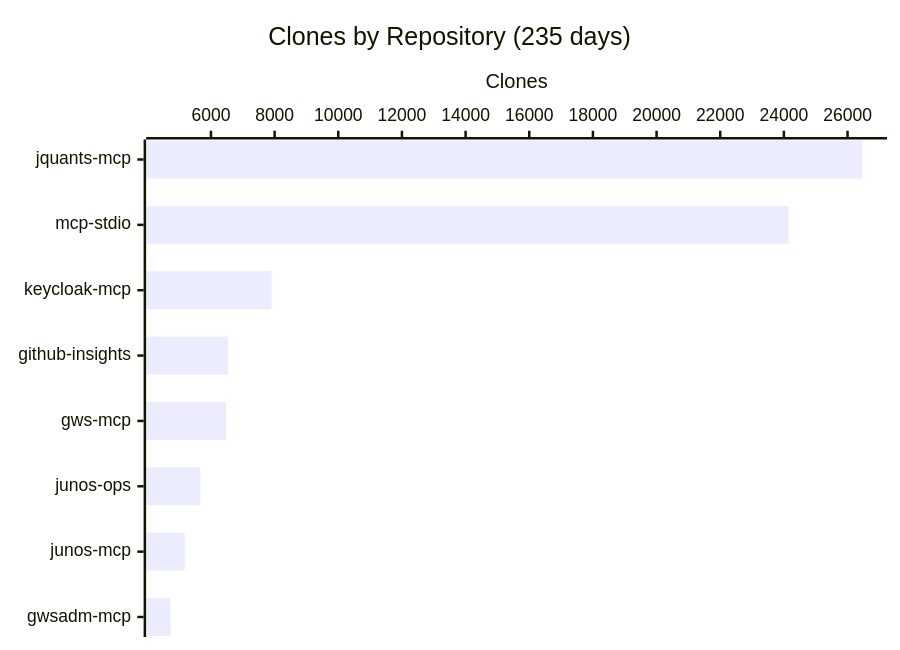
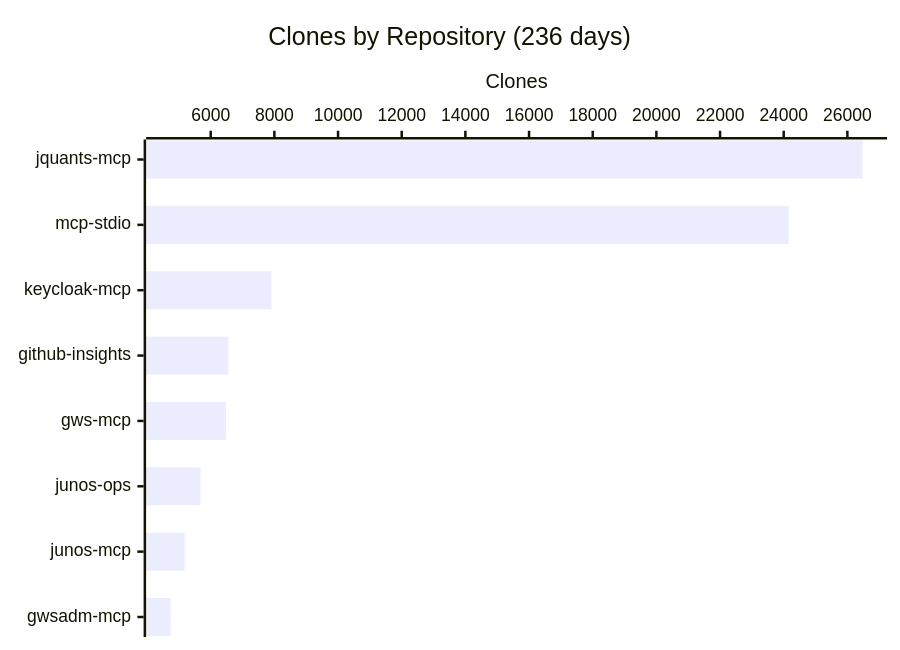
One commit to shigechika/github-insights changed the fourth of 4 diagrams in README.md. Above: the diagram before and after it, drawn with Mermaid. The commit also changed other lines of this file and 1 other file, not shown here.

````diff
--- a/README.md
+++ b/README.md
@@ -58,7 +58,7 @@
 ```mermaid
 xychart-beta horizontal
-    title "Clones by Repository (235 days)"
+    title "Clones by Repository (236 days)"
     x-axis ["jquants-mcp", "mcp-stdio", "keycloak-mcp", "github-insights", "gws-mcp", "junos-ops", "junos-mcp", "gwsadm-mcp"]
     y-axis "Clones"
-    bar [26471, 24150, 7905, 6529, 6472, 5669, 5178, 4731]
+    bar [26476, 24159, 7912, 6552, 6479, 5680, 5184, 4739]
 ```
````
